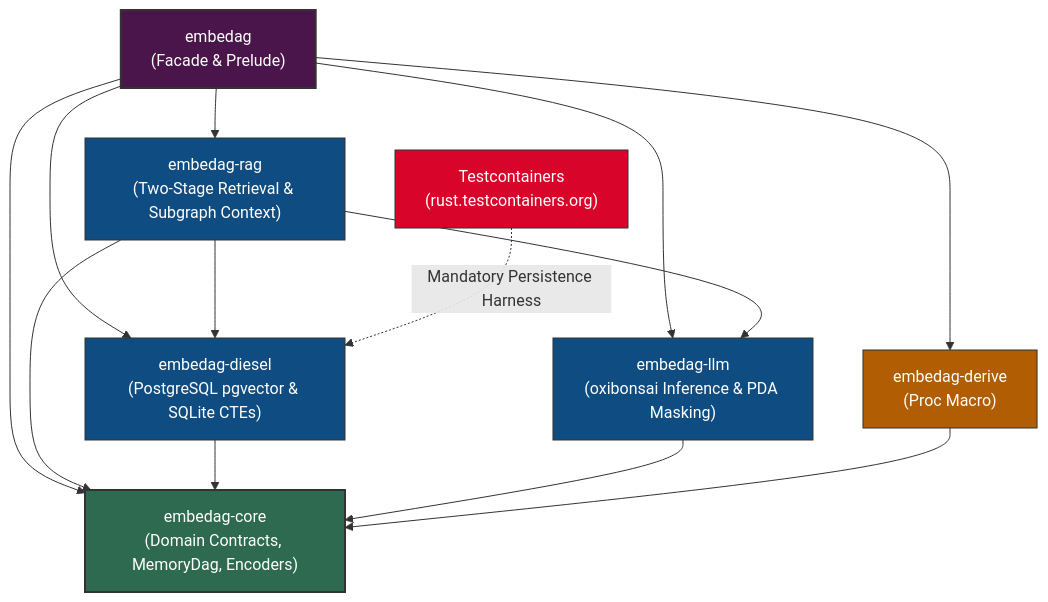
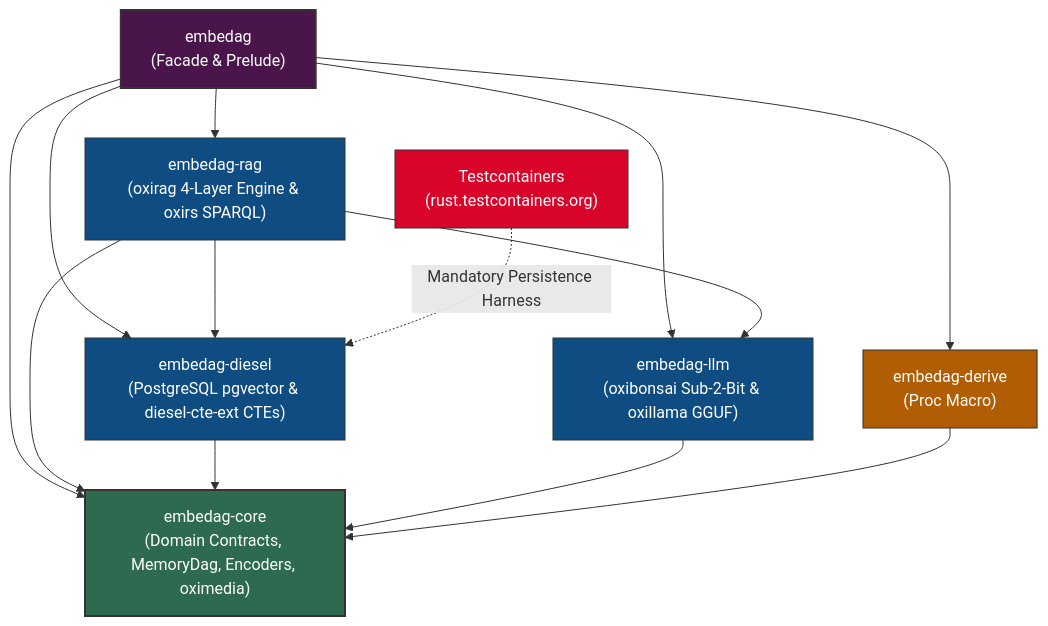
The diagram in doc/02_Workspace_Crate_Topology.md (yasuomaidana/embedag), drawn with Mermaid before and after one commit. The commit also changed other lines of this file and 12 other files, not shown here.

Commit message:
feat: enhance documentation for extraction schemas and retrieval architecture

````diff
--- a/doc/02_Workspace_Crate_Topology.md
+++ b/doc/02_Workspace_Crate_Topology.md
@@ -23,32 +25,32 @@
 ```mermaid
 flowchart TD
     classDef facade fill:#4a154b,stroke:#333,stroke-width:2px,color:#fff;
     classDef adapter fill:#0f4c81,stroke:#333,stroke-width:1px,color:#fff;
     classDef core fill:#2d6a4f,stroke:#333,stroke-width:2px,color:#fff;
     classDef macro fill:#b05d03,stroke:#333,stroke-width:1px,color:#fff;
     classDef testTool fill:#d90429,stroke:#333,stroke-width:1px,color:#fff;
 
     Facade["embedag<br/>(Facade & Prelude)"]:::facade
     Derive["embedag-derive<br/>(Proc Macro)"]:::macro
-    RAG["embedag-rag<br/>(Two-Stage Retrieval & Subgraph Context)"]:::adapter
-    Diesel["embedag-diesel<br/>(PostgreSQL pgvector & SQLite CTEs)"]:::adapter
-    LLM["embedag-llm<br/>(oxibonsai Inference & PDA Masking)"]:::adapter
-    Core["embedag-core<br/>(Domain Contracts, MemoryDag, Encoders)"]:::core
+    RAG["embedag-rag<br/>(oxirag 4-Layer Engine & oxirs SPARQL)"]:::adapter
+    Diesel["embedag-diesel<br/>(PostgreSQL pgvector & diesel-cte-ext CTEs)"]:::adapter
+    LLM["embedag-llm<br/>(oxibonsai Sub-2-Bit & oxillama GGUF)"]:::adapter
+    Core["embedag-core<br/>(Domain Contracts, MemoryDag, Encoders, oximedia)"]:::core
     TC["Testcontainers<br/>(rust.testcontainers.org)"]:::testTool
 
     Facade --> Core
     Facade --> Derive
     Facade --> LLM
     Facade --> Diesel
     Facade --> RAG
 
     RAG --> Core
     RAG --> Diesel
     RAG --> LLM
 
     Diesel --> Core
     LLM --> Core
     Derive --> Core
 
     TC -.->|Mandatory Persistence Harness| Diesel
 ```
````
